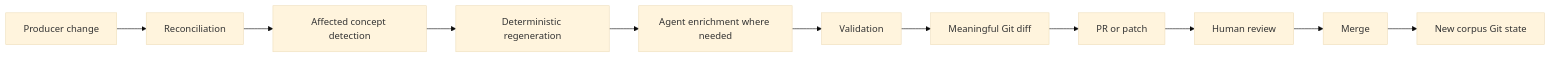
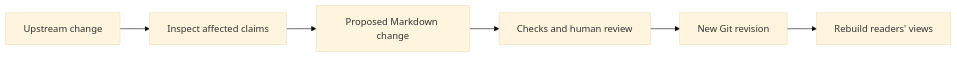
One commit to David-A18/MY-humble-knowledge-for-everyone changed the second of 2 diagrams in knowledge/ai/ai-tooling/knowledge-bases/reference-architecture.md. Above: the diagram before and after it, drawn with Mermaid (base theme). The commit also changed other lines of this file and 5 other files, not shown here.

Commit message:
Teach knowledge architecture and trust boundaries

````diff
--- a/knowledge/ai/ai-tooling/knowledge-bases/reference-architecture.md
+++ b/knowledge/ai/ai-tooling/knowledge-bases/reference-architecture.md
@@ -96,13 +114,8 @@
 ```mermaid
 flowchart LR
-    Change["Producer change"] --> Reconcile["Reconciliation"]
-    Reconcile --> Affected["Affected concept detection"]
-    Affected --> Regen["Deterministic regeneration"]
-    Regen --> Enrich["Agent enrichment where needed"]
-    Enrich --> Validate["Validation"]
-    Validate --> Diff["Meaningful Git diff"]
-    Diff --> PR["PR or patch"]
-    PR --> Human["Human review"]
-    Human --> Merge["Merge"]
-    Merge --> Corpus["New corpus Git state"]
+  changed["Upstream change"] --> inspect["Inspect affected claims"]
+  inspect --> patch["Proposed Markdown change"]
+  patch --> checks["Checks and human review"]
+  checks --> revision["New Git revision"]
+  revision --> rebuild["Rebuild readers' views"]
 ```
````
